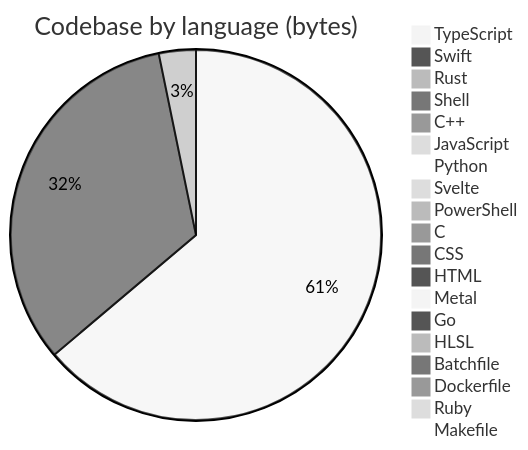
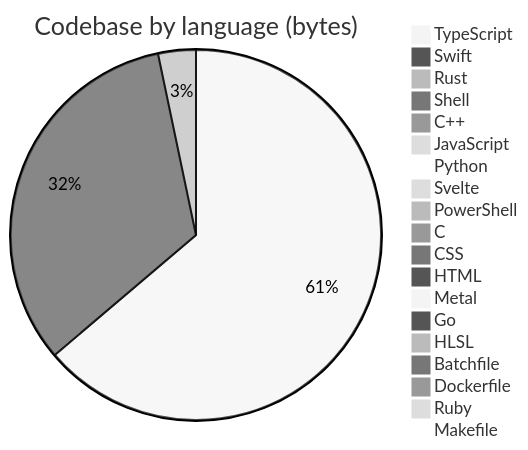
The diagram in profile/README.md (Open330/.github), drawn with Mermaid (neutral theme) before and after one commit. The commit also changed other lines of this file, not shown here.

````diff
--- a/profile/README.md
+++ b/profile/README.md
@@ -130,22 +130,22 @@
 ```mermaid
 pie title Codebase by language (bytes)
     "TypeScript" : 34372299
     "Swift" : 17739817
-    "Rust" : 1737725
+    "Rust" : 1772213
     "Shell" : 473339
     "C++" : 388775
     "JavaScript" : 306983
     "Python" : 297585
     "Svelte" : 143451
     "PowerShell" : 128198
     "C" : 114143
     "CSS" : 103462
     "HTML" : 42579
     "Metal" : 33033
     "Go" : 22811
     "HLSL" : 7527
     "Batchfile" : 5870
     "Dockerfile" : 4893
     "Ruby" : 1554
     "Makefile" : 1150
 ```
````
